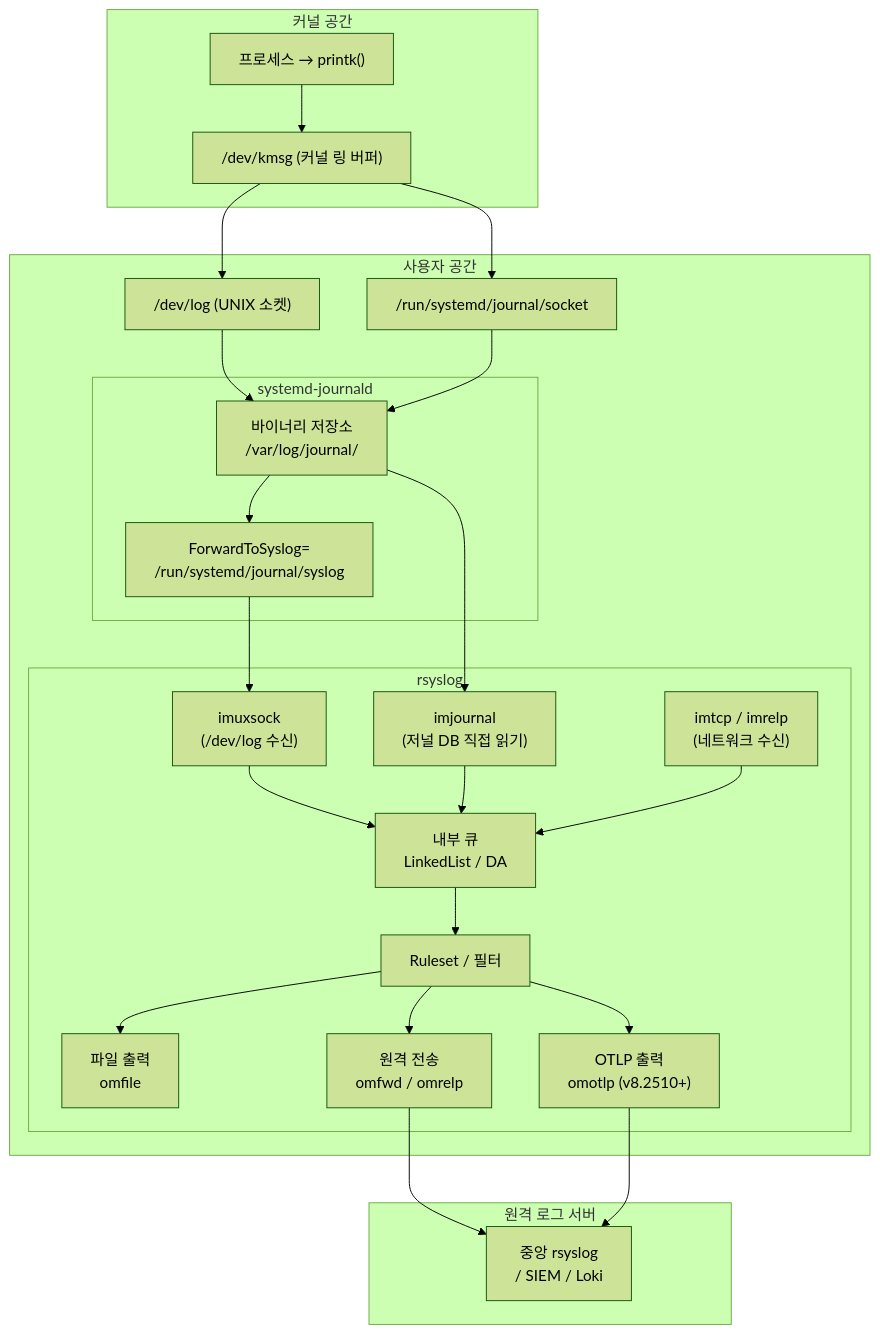
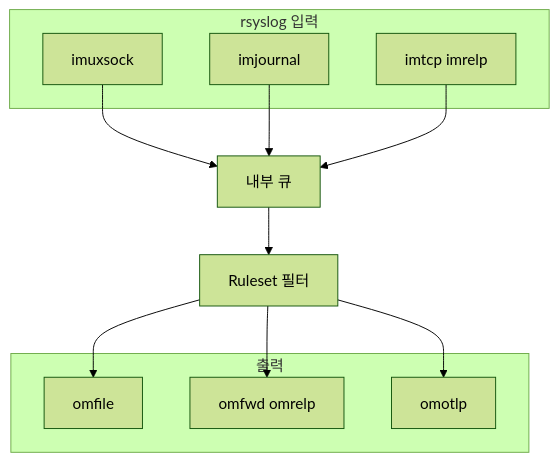
One commit to moonblueblue/devops-wiki changed the second of 8 diagrams in content/linux/logging/system-logging.md. Above: the diagram before and after it, drawn with Mermaid (forest theme). The commit also changed other lines of this file and 12 other files, not shown here.

First line of the commit message:
style: linux 섹션 전체 ASCII art 제거 및 Mermaid 규칙 적용

````diff
--- a/content/linux/logging/system-logging.md
+++ b/content/linux/logging/system-logging.md
@@ -37,50 +56,25 @@
 ```mermaid
-graph TD
-    subgraph kernel["커널 공간"]
-        K1["프로세스 → printk()"]
-        K2["/dev/kmsg (커널 링 버퍼)"]
-        K1 --> K2
+flowchart TD
+    subgraph input["rsyslog 입력"]
+        IM1[imuxsock]
+        IM2[imjournal]
+        IM3[imtcp imrelp]
     end
 
-    subgraph userspace["사용자 공간"]
-        US1["/dev/log (UNIX 소켓)"]
-        US2["/run/systemd/journal/socket"]
+    QUEUE[내부 큐]
+    FILTER[Ruleset 필터]
 
-        subgraph journald["systemd-journald"]
-            JD["바이너리 저장소\n/var/log/journal/"]
-            JF["ForwardToSyslog=\n/run/systemd/journal/syslog"]
-        end
-
-        subgraph rsyslog["rsyslog"]
-            IM1["imuxsock\n(/dev/log 수신)"]
-            IM2["imjournal\n(저널 DB 직접 읽기)"]
-            IM3["imtcp / imrelp\n(네트워크 수신)"]
-            QUEUE["내부 큐\nLinkedList / DA"]
-            FILTER["Ruleset / 필터"]
-            OUT1["파일 출력\nomfile"]
-            OUT2["원격 전송\nomfwd / omrelp"]
-            OUT3["OTLP 출력\nomotlp (v8.2510+)"]
-        end
+    subgraph output["출력"]
+        OUT1[omfile]
+        OUT2[omfwd omrelp]
+        OUT3[omotlp]
     end
 
-    subgraph remote["원격 로그 서버"]
-        CENTRAL["중앙 rsyslog\n/ SIEM / Loki"]
-    end
-
-    K2 --> US1
-    K2 --> US2
-    US1 --> JD
-    US2 --> JD
-    JD --> JF
-    JF --> IM1
-    JD --> IM2
     IM1 --> QUEUE
     IM2 --> QUEUE
     IM3 --> QUEUE
     QUEUE --> FILTER
     FILTER --> OUT1
     FILTER --> OUT2
     FILTER --> OUT3
-    OUT2 --> CENTRAL
-    OUT3 --> CENTRAL
 ```
````
